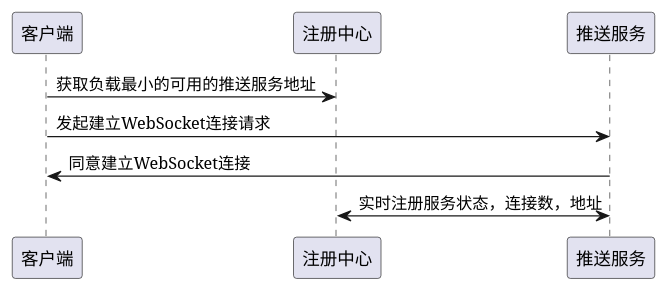
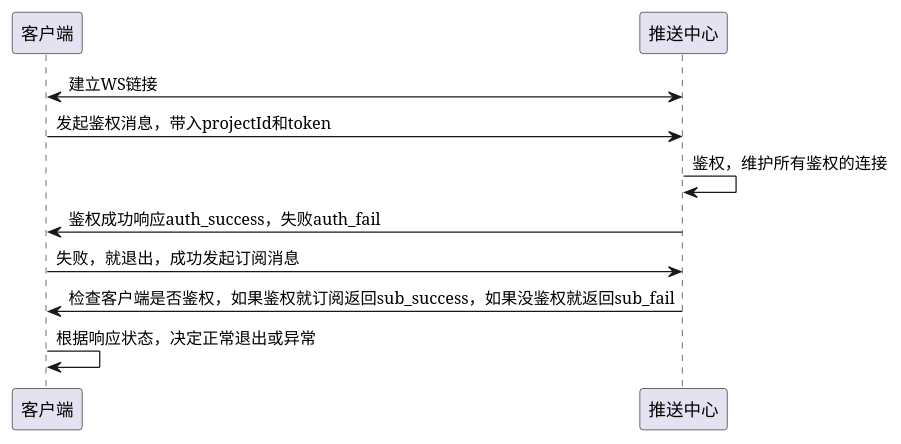
Before and after one commit to shibd/socket.io.java.server.biz: the diagram in benchmark/src/main/resources/ss.puml, drawn with PlantUML. The commit also changed 1 other file, not shown here.

Commit message:
feat: 增加调用图

```diff
--- a/benchmark/src/main/resources/ss.puml
+++ b/benchmark/src/main/resources/ss.puml
@@ -1,10 +1,16 @@
 @startuml
 
 
-客户端 -> 注册中心: 获取负载最小的可用的推送服务地址
-客户端 -> 推送服务: 发起建立WebSocket连接请求
-推送服务 -> 客户端: 同意建立WebSocket连接
+客户端 <-> 推送中心: 建立WS链接
+客户端 -> 推送中心: 发起鉴权消息，带入projectId和token
+推送中心 -> 推送中心: 鉴权，维护所有鉴权的连接
 
-注册中心 <-> 推送服务: 实时注册服务状态，连接数，地址
+客户端 <- 推送中心: 鉴权成功响应auth_success，失败auth_fail
+
+客户端 -> 推送中心: 失败，就退出，成功发起订阅消息
+
+推送中心 -> 客户端: 检查客户端是否鉴权，如果鉴权就订阅返回sub_success，如果没鉴权就返回sub_fail
+
+客户端 -> 客户端: 根据响应状态，决定正常退出或异常
 
 @enduml
```
